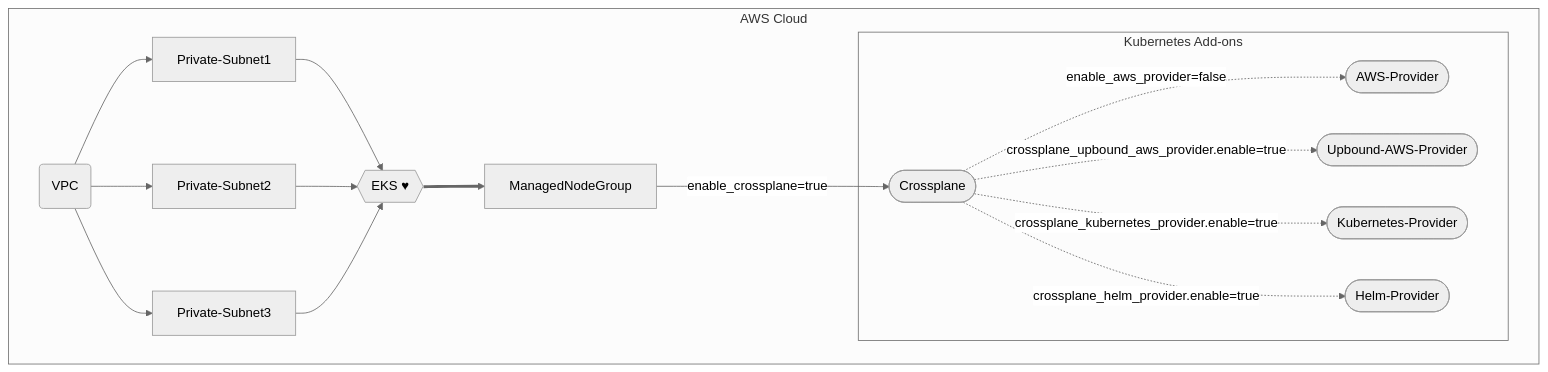
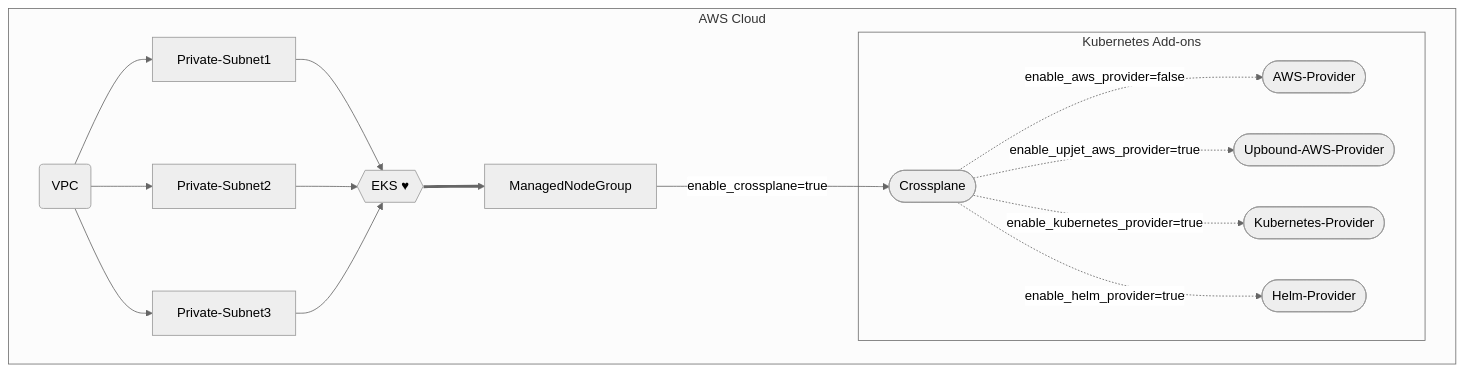
Before and after one commit to awslabs/crossplane-on-eks: the diagram in bootstrap/terraform-fully-private/README.md, drawn with Mermaid (neutral theme).

````diff
--- a/bootstrap/terraform-fully-private/README.md
+++ b/bootstrap/terraform-fully-private/README.md
@@ -17,19 +17,19 @@
 ```mermaid
 graph TD;
     subgraph AWS Cloud
     id1(VPC)-->Private-Subnet1;
     id1(VPC)-->Private-Subnet2;
     id1(VPC)-->Private-Subnet3;
     Private-Subnet1-->EKS{{"EKS #9829;"}}
     Private-Subnet2-->EKS{{"EKS #9829;"}}
     Private-Subnet3-->EKS{{"EKS #9829;"}}
     EKS==>ManagedNodeGroup;
     ManagedNodeGroup-->|enable_crossplane=true|id2([Crossplane]);
     subgraph Kubernetes Add-ons
     id2([Crossplane])-.->|enable_aws_provider=false|id3([AWS-Provider]);
-    id2([Crossplane])-.->|crossplane_upbound_aws_provider.enable=true|id4([Upbound-AWS-Provider]);
-    id2([Crossplane])-.->|crossplane_kubernetes_provider.enable=true|id5([Kubernetes-Provider]);
-    id2([Crossplane])-.->|crossplane_helm_provider.enable=true|id6([Helm-Provider]);
+    id2([Crossplane])-.->|enable_upjet_aws_provider=true|id4([Upbound-AWS-Provider]);
+    id2([Crossplane])-.->|enable_kubernetes_provider=true|id5([Kubernetes-Provider]);
+    id2([Crossplane])-.->|enable_helm_provider=true|id6([Helm-Provider]);
     end
     end
 ```
````
